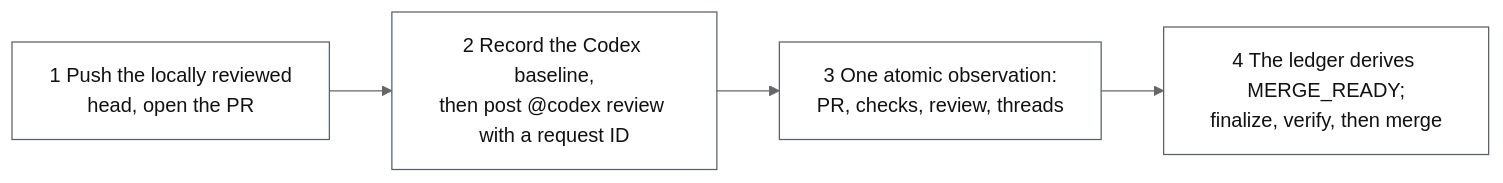
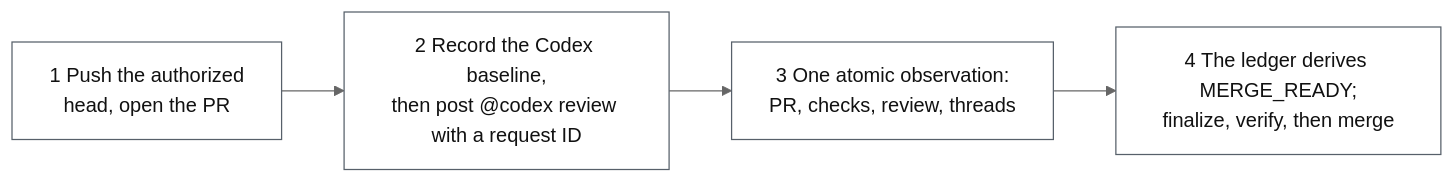
One commit to fengjiachun/review-bridge changed the fourth of 4 diagrams in docs/overview.md. Above: the diagram before and after it, drawn with Mermaid (neutral theme). The commit also changed other lines of this file and 1 other file, not shown here.

````diff
--- a/docs/overview.md
+++ b/docs/overview.md
@@ -284,8 +285,8 @@
 ```mermaid
 flowchart LR
-  A["1 Push the locally reviewed<br/>head, open the PR"] --> B["2 Record the Codex baseline,<br/>then post @codex review with a request ID"]
+  A["1 Push the authorized<br/>head, open the PR"] --> B["2 Record the Codex baseline,<br/>then post @codex review with a request ID"]
   B --> C["3 One atomic observation:<br/>PR, checks, review, threads"]
   C --> D["4 The ledger derives MERGE_READY;<br/>finalize, verify, then merge"]
   classDef n fill:#ffffff,stroke:#57606a,stroke-width:1px,color:#111111;
   class A,B,C,D n;
 ```
````
